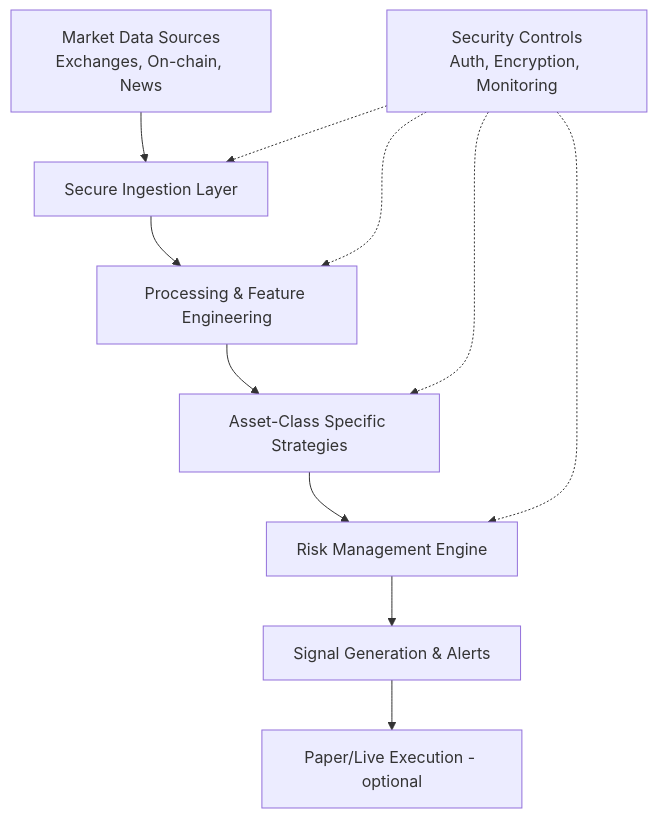
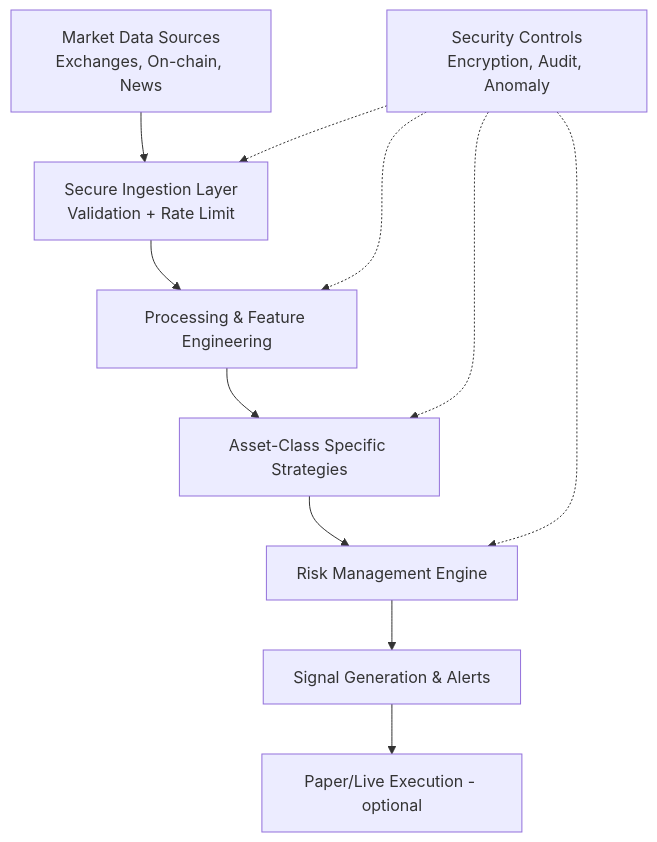
One commit to kkzee92/automated-crypto-trading-system changed the diagram in README.md. Above: the diagram before and after it, drawn with Mermaid. The commit also changed other lines of this file, not shown here.

Commit message:
Update README to reflect enhanced strategies, security module, and current capabilities

````diff
--- a/README.md
+++ b/README.md
@@ -29,13 +29,13 @@
 ```mermaid
 flowchart TD
-    DataSources[Market Data Sources<br/>Exchanges, On-chain, News] --> Ingest[Secure Ingestion Layer]
+    DataSources[Market Data Sources<br/>Exchanges, On-chain, News] --> Ingest[Secure Ingestion Layer<br/>Validation + Rate Limit]
     Ingest --> Process[Processing & Feature Engineering]
     Process --> Strategies[Asset-Class Specific Strategies]
     Strategies --> Risk[Risk Management Engine]
     Risk --> Signals[Signal Generation & Alerts]
     Signals --> Execution[Paper/Live Execution - optional]
-    Security[Security Controls<br/>Auth, Encryption, Monitoring] -.-> Ingest
+    Security[Security Controls<br/>Encryption, Audit, Anomaly] -.-> Ingest
     Security -.-> Process
     Security -.-> Strategies
     Security -.-> Risk
 ```
````
